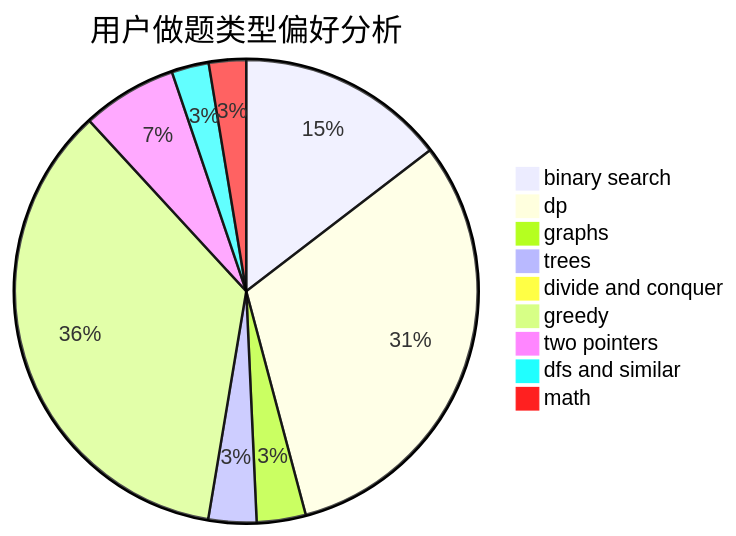
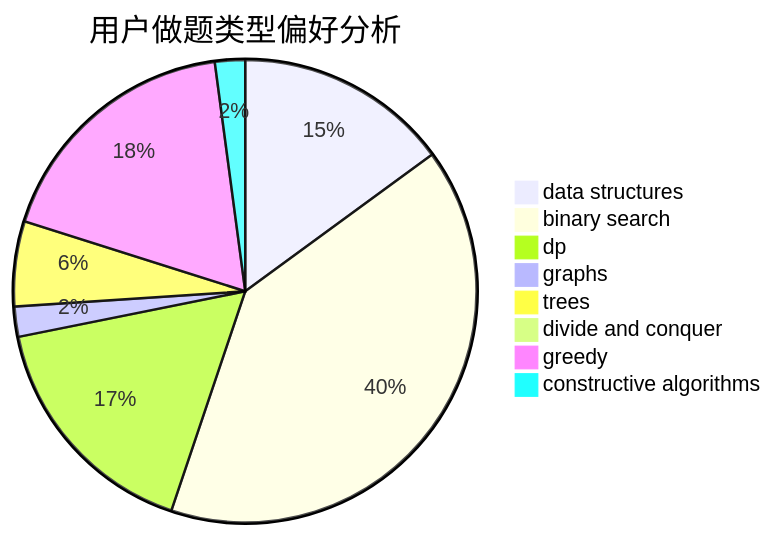
Before and after one commit to sherpahu/cfrs.github.io: the second of 3 diagrams in docs/user/u233.md, drawn with Mermaid. The commit also changed other lines of this file and 2775 other files, not shown here.

````diff
--- a/docs/user/u233.md
+++ b/docs/user/u233.md
@@ -23,12 +23,11 @@
 ```mermaid
 pie title 用户做题类型偏好分析
-    "binary search" :  213
-    "dp" :  457
-    "graphs" :  50
-    "trees" :  49
+    "data structures" :  78
+    "binary search" :  210
+    "dp" :  87
+    "graphs" :  11
+    "trees" :  31
     "divide and conquer" :  0
-    "greedy" :  519
-    "two pointers" :  97
-    "dfs and similar" :  38
-    "math" :  38
+    "greedy" :  94
+    "constructive algorithms" :  11
 ```
````
